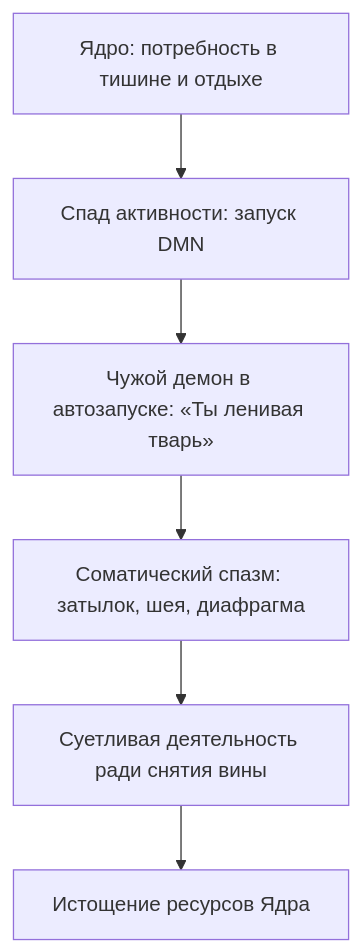
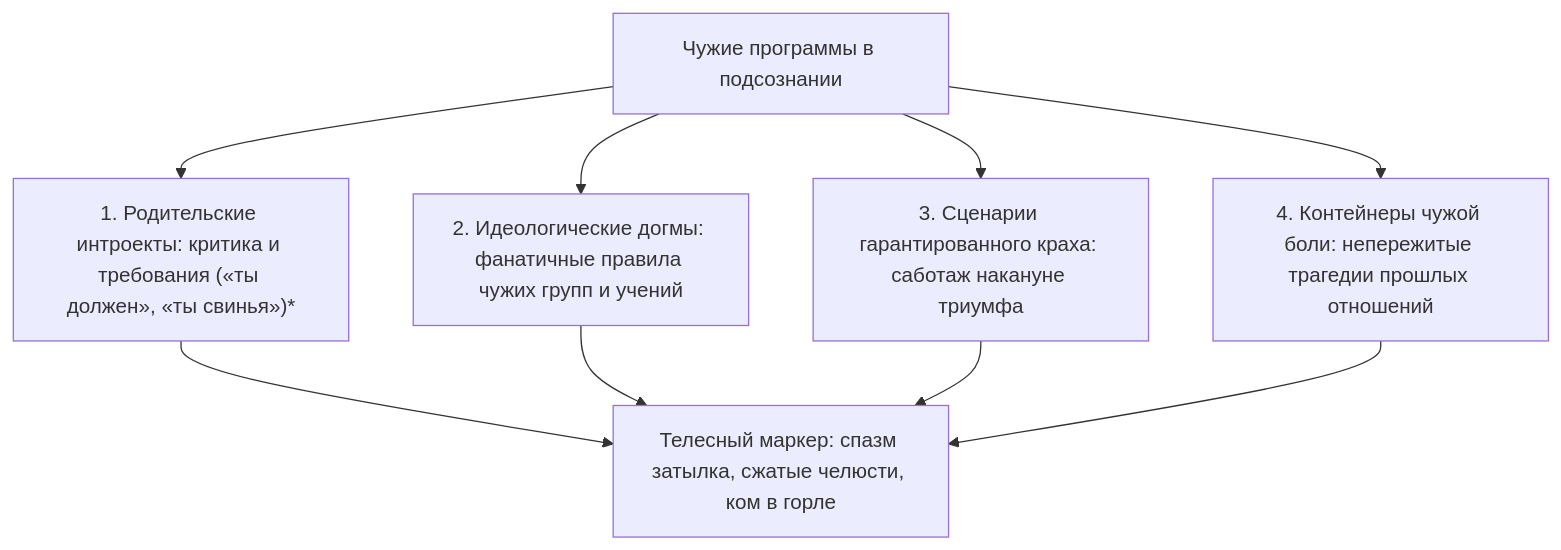
Before and after one commit to GTFB/threebooks: the diagram in root/26-foreign-background-process/ru.mdx, drawn with Mermaid. The commit also changed other lines of this file and 40 other files, not shown here.

````diff
--- a/root/26-foreign-background-process/ru.mdx
+++ b/root/26-foreign-background-process/ru.mdx
@@ -32,8 +122,11 @@
 ```mermaid
-flowchart TB
-  Root["Ядро: потребность в тишине и отдыхе"] --> Trap["Спад активности: запуск DMN"]
-  Trap --> Demon["Чужой демон в автозапуске: «Ты ленивая тварь»"]
-  Demon --> Somatic["Соматический спазм: затылок, шея, диафрагма"]
-  Somatic --> Compulsion["Суетливая деятельность ради снятия вины"]
-  Compulsion --> Burnout["Истощение ресурсов Ядра"]
+flowchart TD
+  Introject["Чужие программы в подсознании"] --> Type1["1. Родительские интроекты: критика и требования («ты должен», «ты свинья»)*"]
+  Introject --> Type2["2. Идеологические догмы: фанатичные правила чужих групп и учений"]
+  Introject --> Type3["3. Сценарии гарантированного краха: саботаж накануне триумфа"]
+  Introject --> Type4["4. Контейнеры чужой боли: непережитые трагедии прошлых отношений"]
+  Type1 --> SomaticReaction["Телесный маркер: спазм затылка, сжатые челюсти, ком в горле"]
+  Type2 --> SomaticReaction
+  Type3 --> SomaticReaction
+  Type4 --> SomaticReaction
 ```
````
